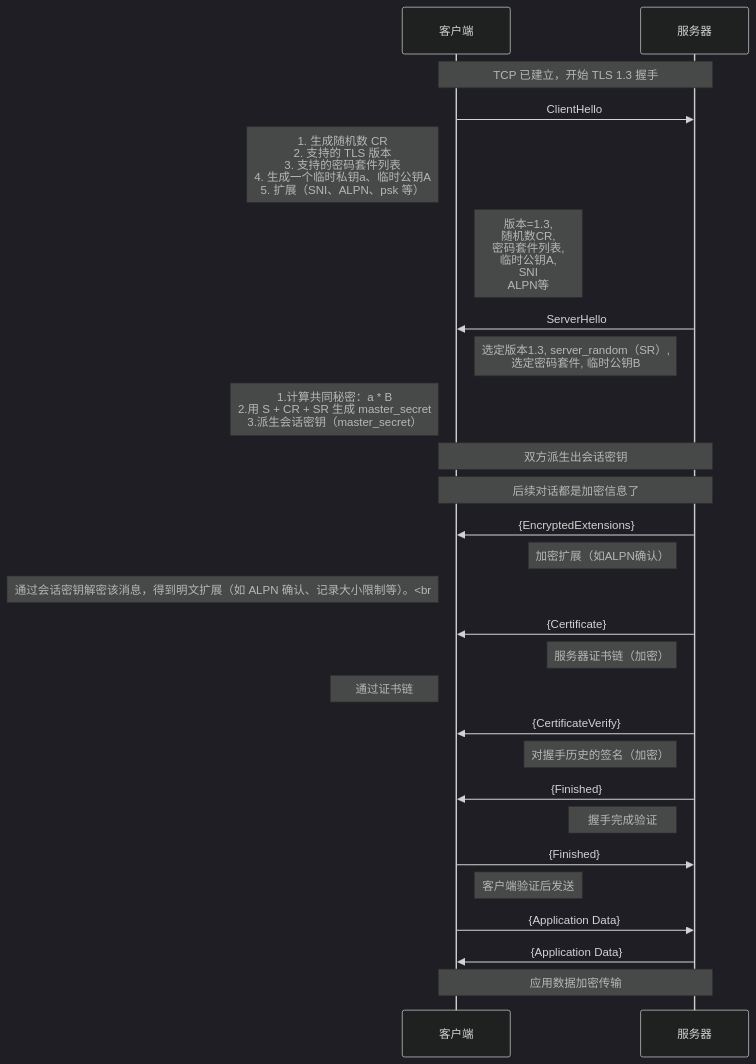
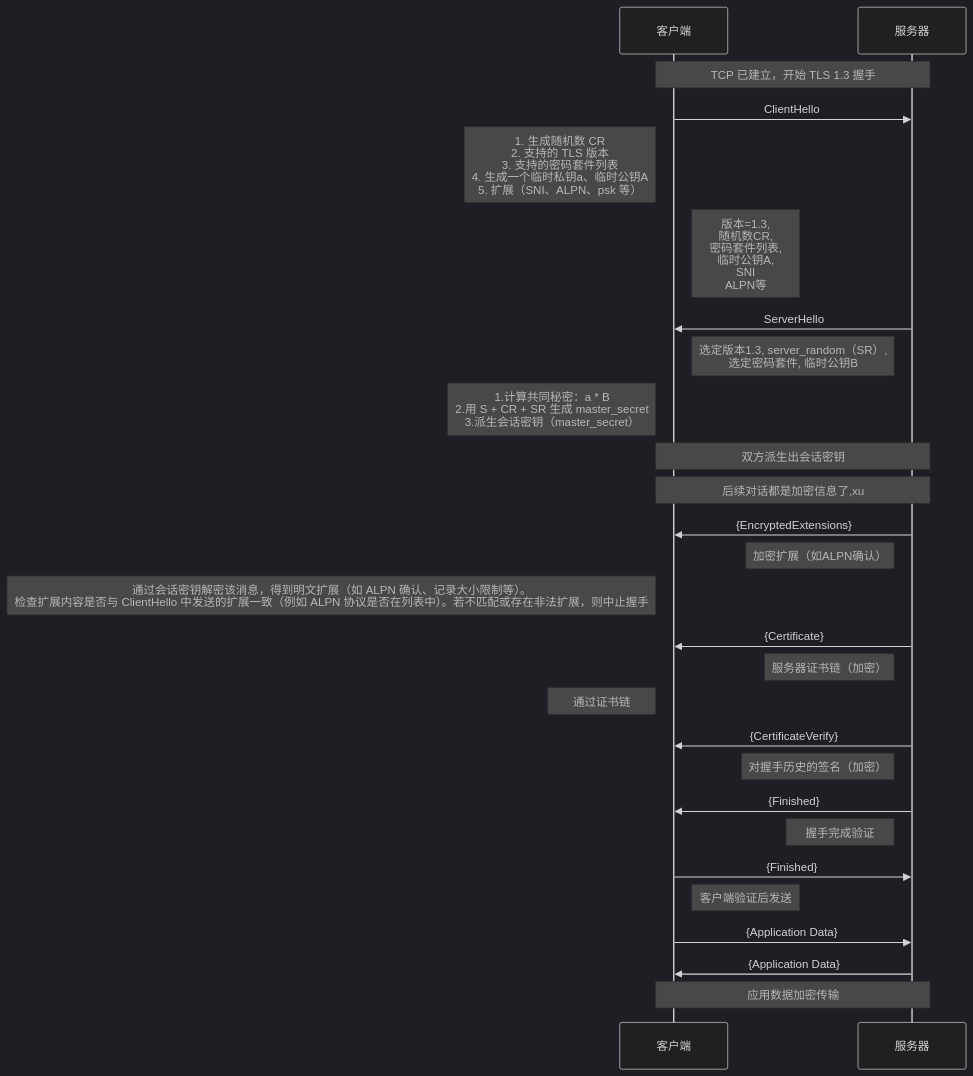
Before and after one commit to HY-10-8/iodraw-files: the diagram in all/TLS-1.3-通用.md, drawn with Mermaid (dark theme).

Commit message:
2026-03-30 18:05:54 update

````diff
--- a/all/TLS-1.3-通用.md
+++ b/all/TLS-1.3-通用.md
@@ -1,39 +1,39 @@
 ```mermaid
 sequenceDiagram
     participant C as 客户端
     participant S as 服务器
 
     Note over C,S: TCP 已建立，开始 TLS 1.3 握手
 
     C->>S: ClientHello
     Note left of C: 1. 生成随机数 CR<br/> 2. 支持的 TLS 版本<br/> 3. 支持的密码套件列表<br/> 4. 生成一个临时私钥a、临时公钥A<br/> 5. 扩展（SNI、ALPN、psk 等）
     Note right of C: 版本=1.3,<br/> 随机数CR,<br/> 密码套件列表,<br/> 临时公钥A,<br/> SNI<br/> ALPN等
 
     S->>C: ServerHello
     Note left of S: 选定版本1.3, server_random（SR）,<br/> 选定密码套件, 临时公钥B
     Note left of C: 1.计算共同秘密：a * B<br/> 2.用 S + CR + SR 生成 master_secret<br/> 3.派生会话密钥（master_secret）
 
     Note over C,S: 双方派生出会话密钥
-    Note over C,S: 后续对话都是加密信息了
+    Note over C,S: 后续对话都是加密信息了,xu
 
     S->>C: {EncryptedExtensions}
     Note left of S: 加密扩展（如ALPN确认）
-    Note left of C: 通过会话密钥解密该消息，得到明文扩展（如 ALPN 确认、记录大小限制等）。<br
+    Note left of C: 通过会话密钥解密该消息，得到明文扩展（如 ALPN 确认、记录大小限制等）。<br/>检查扩展内容是否与 ClientHello 中发送的扩展一致（例如 ALPN 协议是否在列表中）。若不匹配或存在非法扩展，则中止握手
 
     S->>C: {Certificate}
     Note left of S: 服务器证书链（加密）
     Note left of C: 通过证书链
 
     S->>C: {CertificateVerify}
     Note left of S: 对握手历史的签名（加密）
 
     S->>C: {Finished}
     Note left of S: 握手完成验证
 
     C->>S: {Finished}
     Note right of C: 客户端验证后发送
 
     C->>S: {Application Data}
     S->>C: {Application Data}
     Note over C,S: 应用数据加密传输
 ```
````
